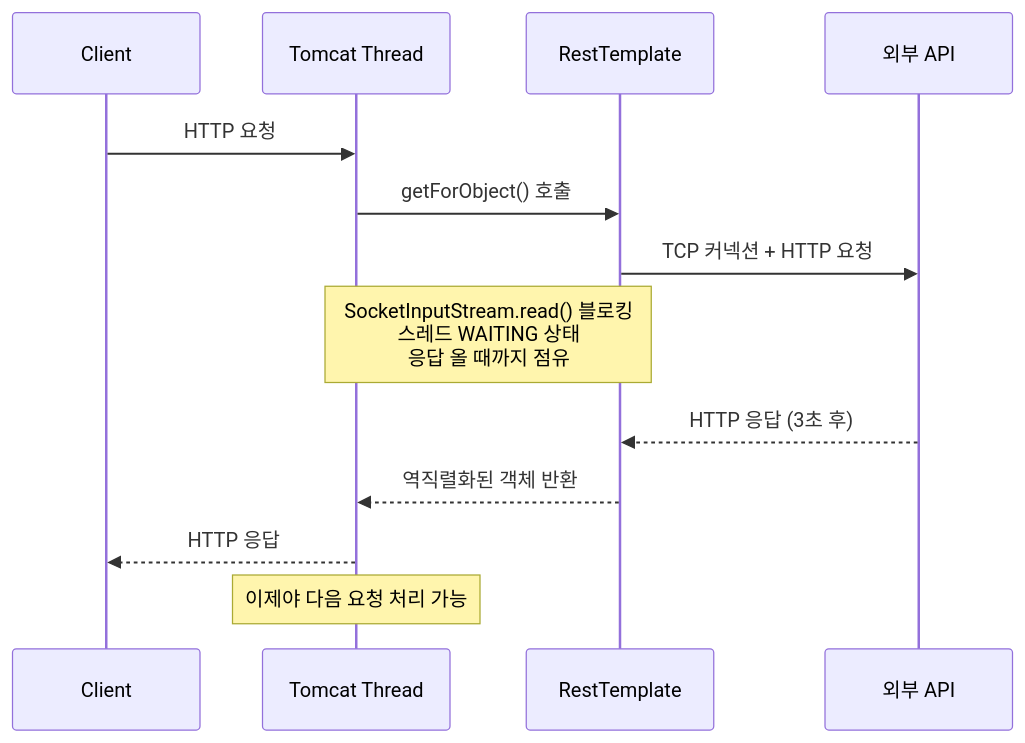
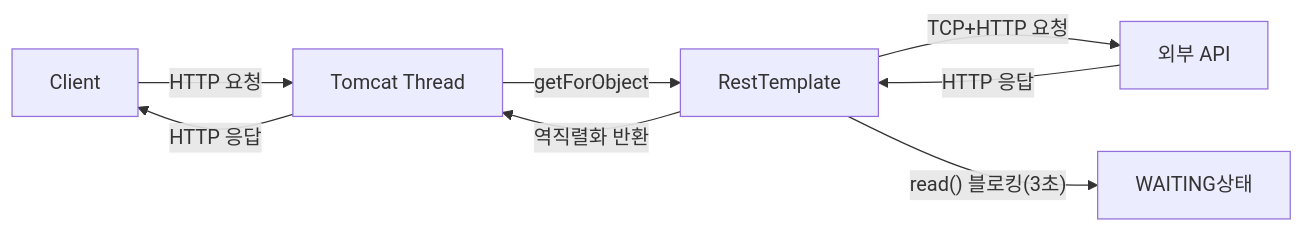
One commit to yjkim2015/yjkim2015.github.io changed the sixth of 10 diagrams in _posts/spring/2026-05-12-webclient-thread-model.md. Above: the diagram before and after it, drawn with Mermaid. The commit also changed other lines of this file and 84 other files, not shown here.

First line of the commit message:
85개 포스트 Mermaid 다이어그램 규칙 일괄 수정

````diff
--- a/_posts/spring/2026-05-12-webclient-thread-model.md
+++ b/_posts/spring/2026-05-12-webclient-thread-model.md
@@ -222,16 +183,10 @@
 ```mermaid
-sequenceDiagram
-    participant C as Client
-    participant T as Tomcat Thread
-    participant RT as RestTemplate
-    participant EXT as 외부 API
-
-    C->>T: HTTP 요청
-    T->>RT: getForObject() 호출
-    RT->>EXT: TCP 커넥션 + HTTP 요청
-    Note over T,RT: SocketInputStream.read() 블로킹<br/>스레드 WAITING 상태<br/>응답 올 때까지 점유
-    EXT-->>RT: HTTP 응답 (3초 후)
-    RT-->>T: 역직렬화된 객체 반환
-    T-->>C: HTTP 응답
-    Note over T: 이제야 다음 요청 처리 가능
+graph LR
+    C["Client"] -->|"HTTP 요청"| T["Tomcat Thread"]
+    T -->|"getForObject"| RT["RestTemplate"]
+    RT -->|"TCP+HTTP 요청"| EXT["외부 API"]
+    RT -->|"read() 블로킹(3초)"| WAIT["WAITING상태"]
+    EXT -->|"HTTP 응답"| RT
+    RT -->|"역직렬화 반환"| T
+    T -->|"HTTP 응답"| C
 ```
````
